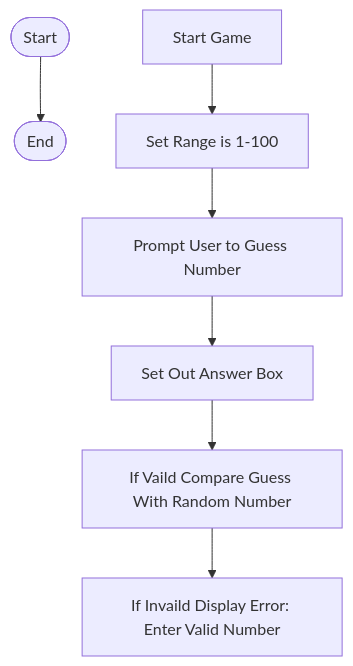
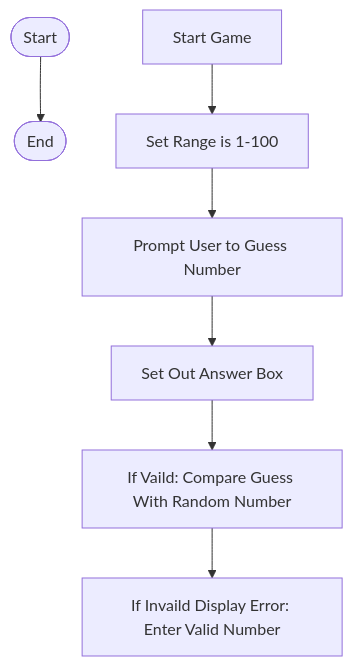
One commit to tanvirvirdi/tanvirvirdi.github.io changed the diagram in Guessing.md. Above: the diagram before and after it, drawn with Mermaid.

````diff
--- a/Guessing.md
+++ b/Guessing.md
@@ -1,9 +1,9 @@
 ```mermaid
 flowchart TD
     Start([Start])--> End([End])
     A[Start Game] --> B[Set Range is 1-100];
     B--> C[Prompt User to Guess Number];
     C--> D[Set Out Answer Box];
-    D--> E[If Vaild Compare Guess With Random Number];
+    D--> E[If Vaild: Compare Guess With Random Number];
     E--> F[If Invaild Display Error: Enter Valid Number];
 ```
````
